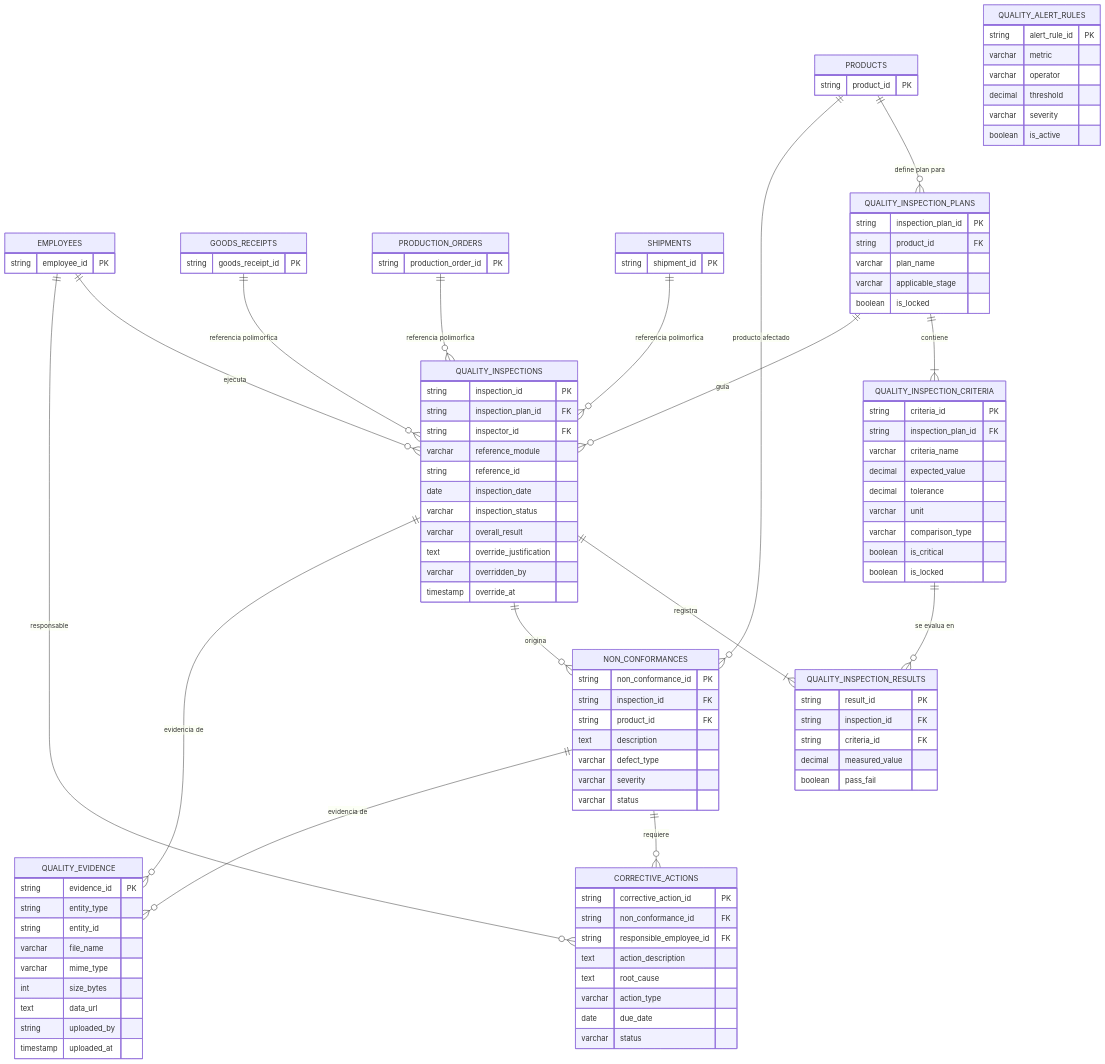
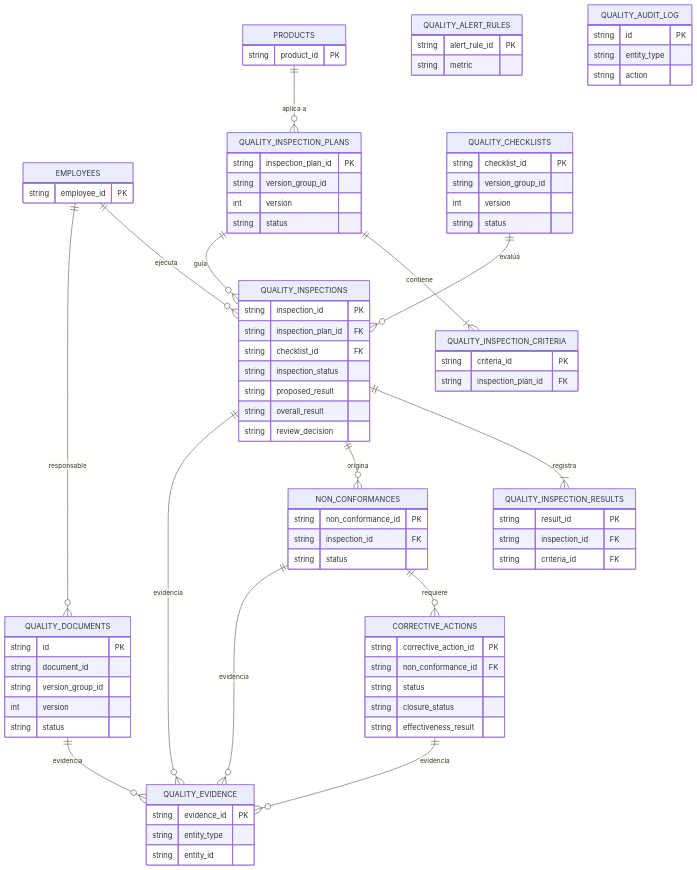
One commit to MDS-BI/Grupo-08 changed the diagram in specs/002-quality-control-module/data-model.md. Above: the diagram before and after it, drawn with Mermaid. The commit also changed other lines of this file and 66 other files, not shown here.

````diff
--- a/specs/002-quality-control-module/data-model.md
+++ b/specs/002-quality-control-module/data-model.md
@@ -21,106 +39,81 @@
     EMPLOYEES {
         string employee_id PK
     }
-    GOODS_RECEIPTS {
-        string goods_receipt_id PK
-    }
-    PRODUCTION_ORDERS {
-        string production_order_id PK
-    }
-    SHIPMENTS {
-        string shipment_id PK
-    }
-
     QUALITY_INSPECTION_PLANS {
         string inspection_plan_id PK
-        string product_id FK
-        varchar plan_name
-        varchar applicable_stage
-        boolean is_locked
+        string version_group_id
+        int version
+        string status
     }
     QUALITY_INSPECTION_CRITERIA {
         string criteria_id PK
         string inspection_plan_id FK
-        varchar criteria_name
-        decimal expected_value
-        decimal tolerance
-        varchar unit
-        varchar comparison_type
-        boolean is_critical
-        boolean is_locked
+    }
+    QUALITY_CHECKLISTS {
+        string checklist_id PK
+        string version_group_id
+        int version
+        string status
+    }
+    QUALITY_DOCUMENTS {
+        string id PK
+        string document_id
+        string version_group_id
+        int version
+        string status
     }
     QUALITY_INSPECTIONS {
         string inspection_id PK
         string inspection_plan_id FK
-        string inspector_id FK
-        varchar reference_module
-        string reference_id
-        date inspection_date
-        varchar inspection_status
-        varchar overall_result
-        text override_justification
-        varchar overridden_by
-        timestamp override_at
+        string checklist_id FK
+        string inspection_status
+        string proposed_result
+        string overall_result
+        string review_decision
     }
     QUALITY_INSPECTION_RESULTS {
         string result_id PK
         string inspection_id FK
         string criteria_id FK
-        decimal measured_value
-        boolean pass_fail
     }
     NON_CONFORMANCES {
         string non_conformance_id PK
         string inspection_id FK
-        string product_id FK
-        text description
-        varchar defect_type
-        varchar severity
-        varchar status
+        string status
     }
     CORRECTIVE_ACTIONS {
         string corrective_action_id PK
         string non_conformance_id FK
-        string responsible_employee_id FK
-        text action_description
-        text root_cause
-        varchar action_type
-        date due_date
-        varchar status
+        string status
+        string closure_status
+        string effectiveness_result
     }
     QUALITY_EVIDENCE {
         string evidence_id PK
         string entity_type
         string entity_id
-        varchar file_name
-        varchar mime_type
-        int size_bytes
-        text data_url
-        string uploaded_by
-        timestamp uploaded_at
     }
     QUALITY_ALERT_RULES {
         string alert_rule_id PK
-        varchar metric
-        varchar operator
-        decimal threshold
-        varchar severity
-        boolean is_active
+        string metric
+    }
+    QUALITY_AUDIT_LOG {
+        string id PK
+        string entity_type
+        string action
     }
 
-    PRODUCTS ||--o{ QUALITY_INSPECTION_PLANS : "define plan para"
-    PRODUCTS ||--o{ NON_CONFORMANCES : "producto afectado"
+    PRODUCTS ||--o{ QUALITY_INSPECTION_PLANS : "aplica a"
     EMPLOYEES ||--o{ QUALITY_INSPECTIONS : "ejecuta"
-    EMPLOYEES ||--o{ CORRECTIVE_ACTIONS : "responsable"
+    EMPLOYEES ||--o{ QUALITY_DOCUMENTS : "responsable"
     QUALITY_INSPECTION_PLANS ||--|{ QUALITY_INSPECTION_CRITERIA : "contiene"
-    QUALITY_INSPECTION_PLANS ||--o{ QUALITY_INSPECTIONS : "guia"
-    QUALITY_INSPECTION_CRITERIA ||--o{ QUALITY_INSPECTION_RESULTS : "se evalua en"
+    QUALITY_INSPECTION_PLANS ||--o{ QUALITY_INSPECTIONS : "guía"
+    QUALITY_CHECKLISTS ||--o{ QUALITY_INSPECTIONS : "evalúa"
     QUALITY_INSPECTIONS ||--|{ QUALITY_INSPECTION_RESULTS : "registra"
     QUALITY_INSPECTIONS ||--o{ NON_CONFORMANCES : "origina"
     NON_CONFORMANCES ||--o{ CORRECTIVE_ACTIONS : "requiere"
-    QUALITY_INSPECTIONS ||--o{ QUALITY_EVIDENCE : "evidencia de"
-    NON_CONFORMANCES ||--o{ QUALITY_EVIDENCE : "evidencia de"
-    GOODS_RECEIPTS ||--o{ QUALITY_INSPECTIONS : "referencia polimorfica"
-    PRODUCTION_ORDERS ||--o{ QUALITY_INSPECTIONS : "referencia polimorfica"
-    SHIPMENTS ||--o{ QUALITY_INSPECTIONS : "referencia polimorfica"
+    QUALITY_INSPECTIONS ||--o{ QUALITY_EVIDENCE : "evidencia"
+    NON_CONFORMANCES ||--o{ QUALITY_EVIDENCE : "evidencia"
+    CORRECTIVE_ACTIONS ||--o{ QUALITY_EVIDENCE : "evidencia"
+    QUALITY_DOCUMENTS ||--o{ QUALITY_EVIDENCE : "evidencia"
 ```
````
